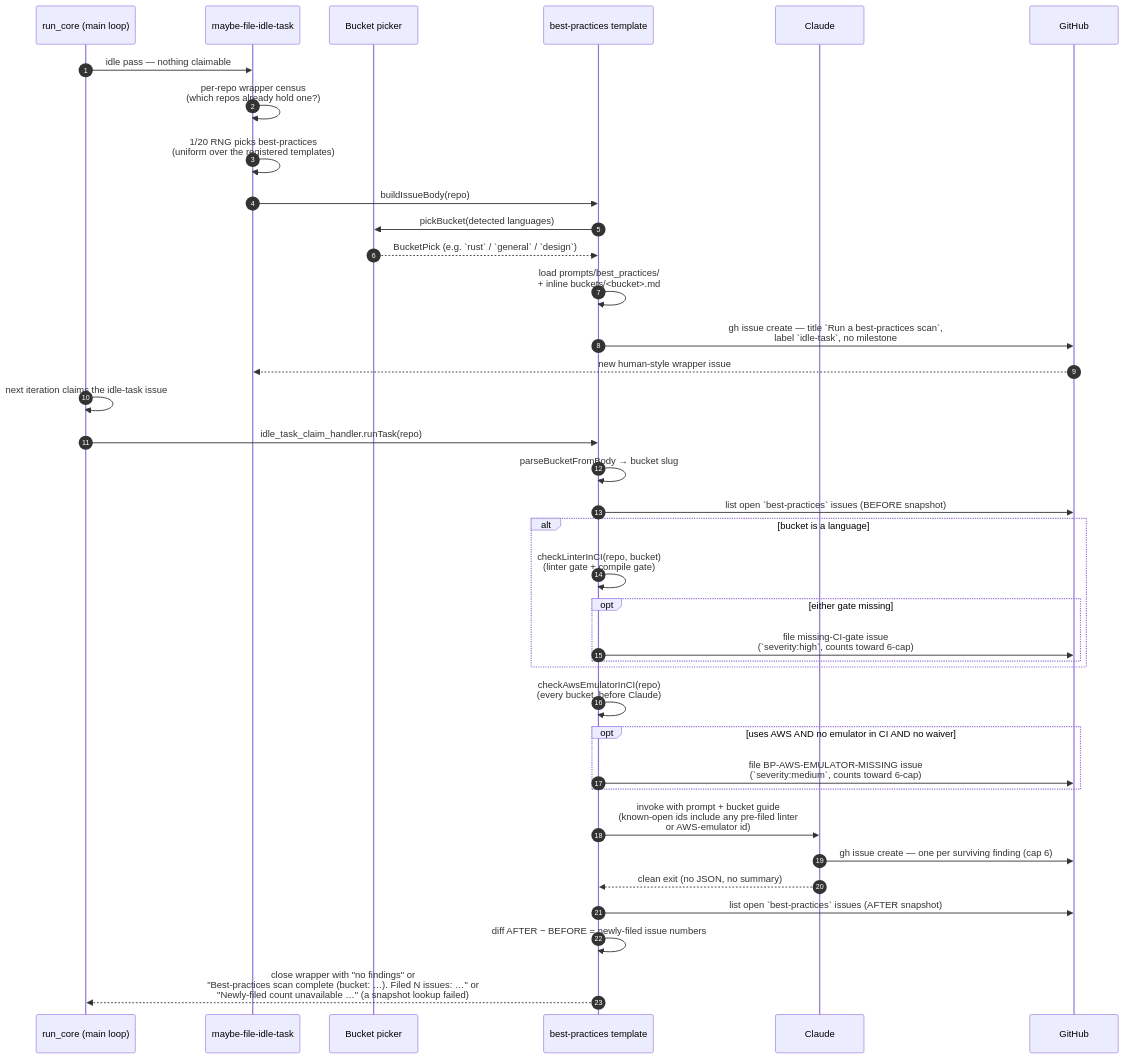
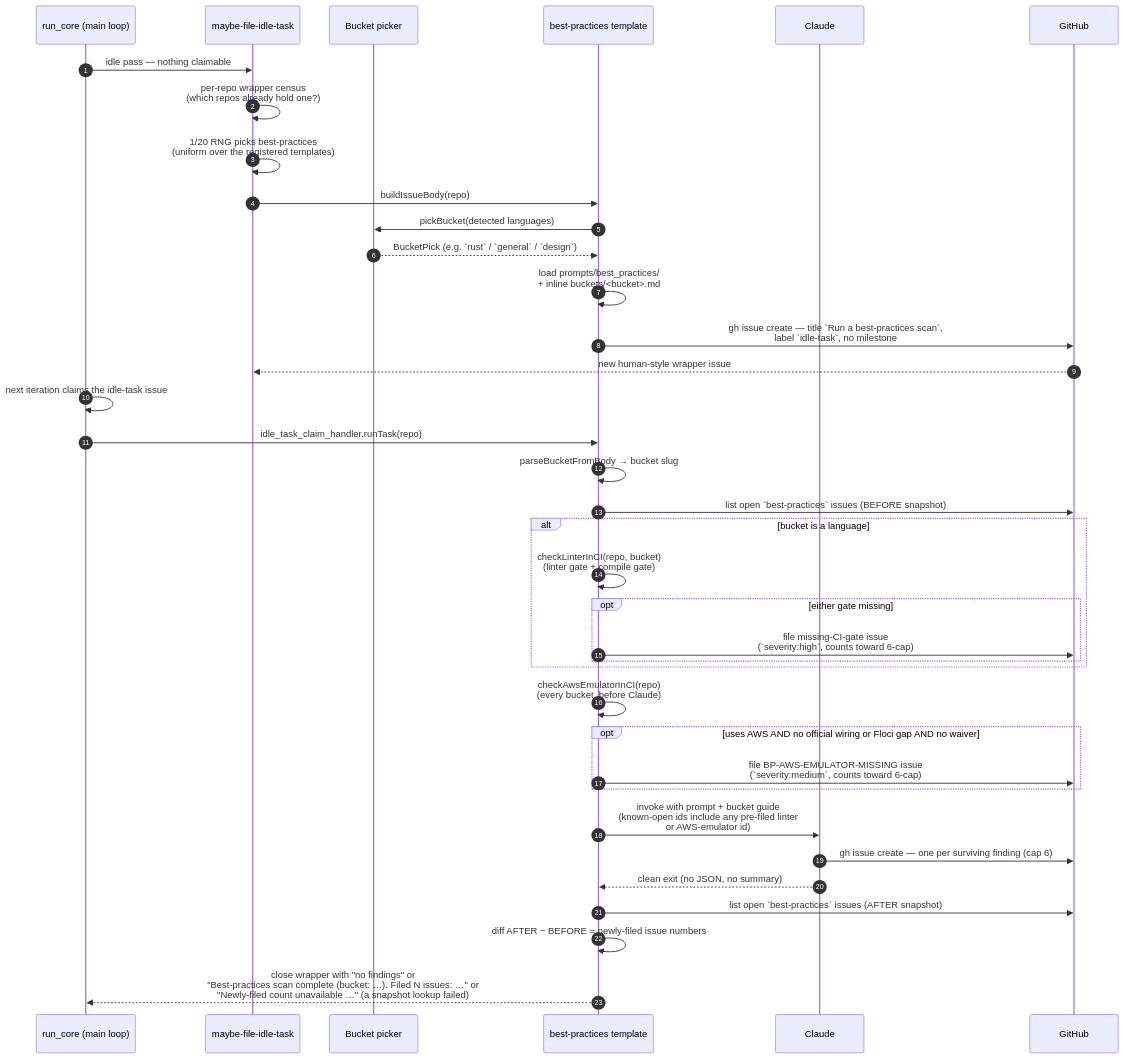
The second of 4 diagrams in docs/BEST-PRACTICES-SCAN.md (stSoftwareAU/VibeCoder), drawn with Mermaid before and after one commit. The commit also changed other lines of this file and 14 other files, not shown here.

````diff
--- a/docs/BEST-PRACTICES-SCAN.md
+++ b/docs/BEST-PRACTICES-SCAN.md
@@ -439,40 +517,40 @@
 ```mermaid
 sequenceDiagram
     autonumber
     participant Main as run_core (main loop)
     participant Filer as maybe-file-idle-task
     participant Picker as Bucket picker
     participant Template as best-practices template
     participant Claude
     participant GH as GitHub
 
     Main->>Filer: idle pass — nothing claimable
     Filer->>Filer: per-repo wrapper census<br/>(which repos already hold one?)
     Filer->>Filer: 1/20 RNG picks best-practices<br/>(uniform over the registered templates)
     Filer->>Template: buildIssueBody(repo)
     Template->>Picker: pickBucket(detected languages)
     Picker-->>Template: BucketPick (e.g. `rust` / `general` / `design`)
     Template->>Template: load prompts/best_practices/<br/>+ inline buckets/<bucket>.md
     Template->>GH: gh issue create — title `Run a best-practices scan`,<br/>label `idle-task`, no milestone
     GH-->>Filer: new human-style wrapper issue
     Main->>Main: next iteration claims the idle-task issue
     Main->>Template: idle_task_claim_handler.runTask(repo)
     Template->>Template: parseBucketFromBody → bucket slug
     Template->>GH: list open `best-practices` issues (BEFORE snapshot)
     alt bucket is a language
         Template->>Template: checkLinterInCI(repo, bucket)<br/>(linter gate + compile gate)
         opt either gate missing
             Template->>GH: file missing-CI-gate issue<br/>(`severity:high`, counts toward 6-cap)
         end
     end
     Template->>Template: checkAwsEmulatorInCI(repo)<br/>(every bucket, before Claude)
-    opt uses AWS AND no emulator in CI AND no waiver
+    opt uses AWS AND no official wiring or Floci gap AND no waiver
         Template->>GH: file BP-AWS-EMULATOR-MISSING issue<br/>(`severity:medium`, counts toward 6-cap)
     end
     Template->>Claude: invoke with prompt + bucket guide<br/>(known-open ids include any pre-filed linter<br/>or AWS-emulator id)
     Claude->>GH: gh issue create — one per surviving finding (cap 6)
     Claude-->>Template: clean exit (no JSON, no summary)
     Template->>GH: list open `best-practices` issues (AFTER snapshot)
     Template->>Template: diff AFTER − BEFORE = newly-filed issue numbers
     Template-->>Main: close wrapper with "no findings" or<br/>"Best-practices scan complete (bucket: …). Filed N issues: …" or<br/>"Newly-filed count unavailable …" (a snapshot lookup failed)
 ```
````
